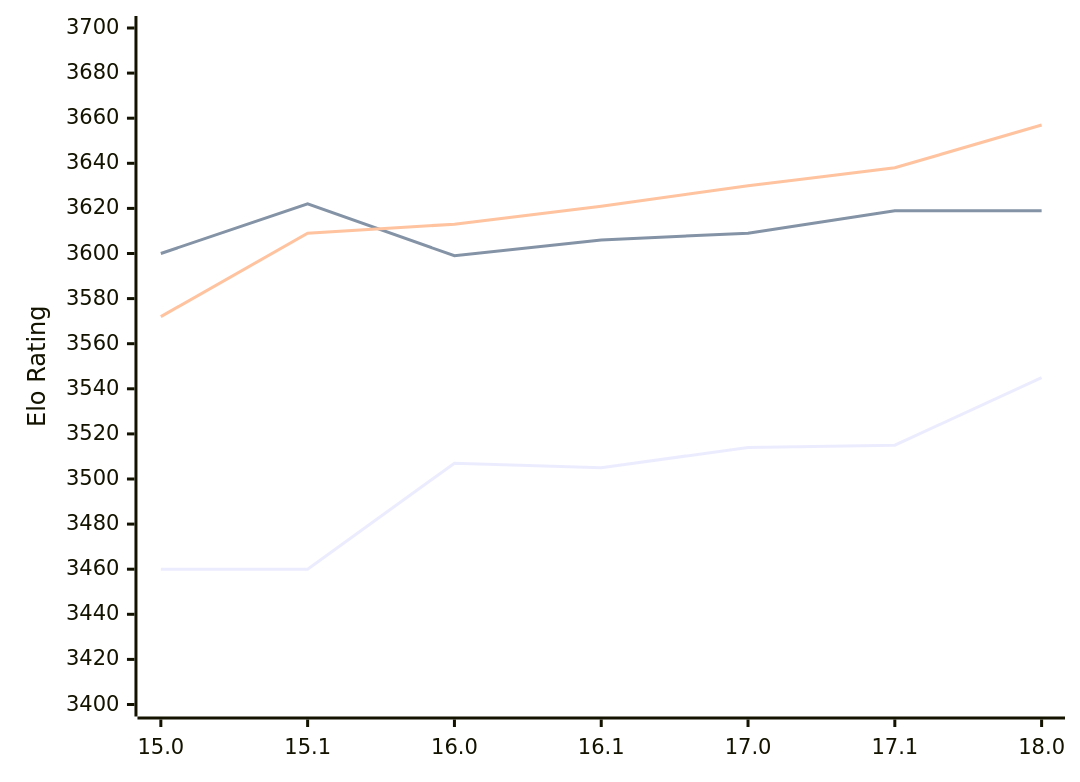
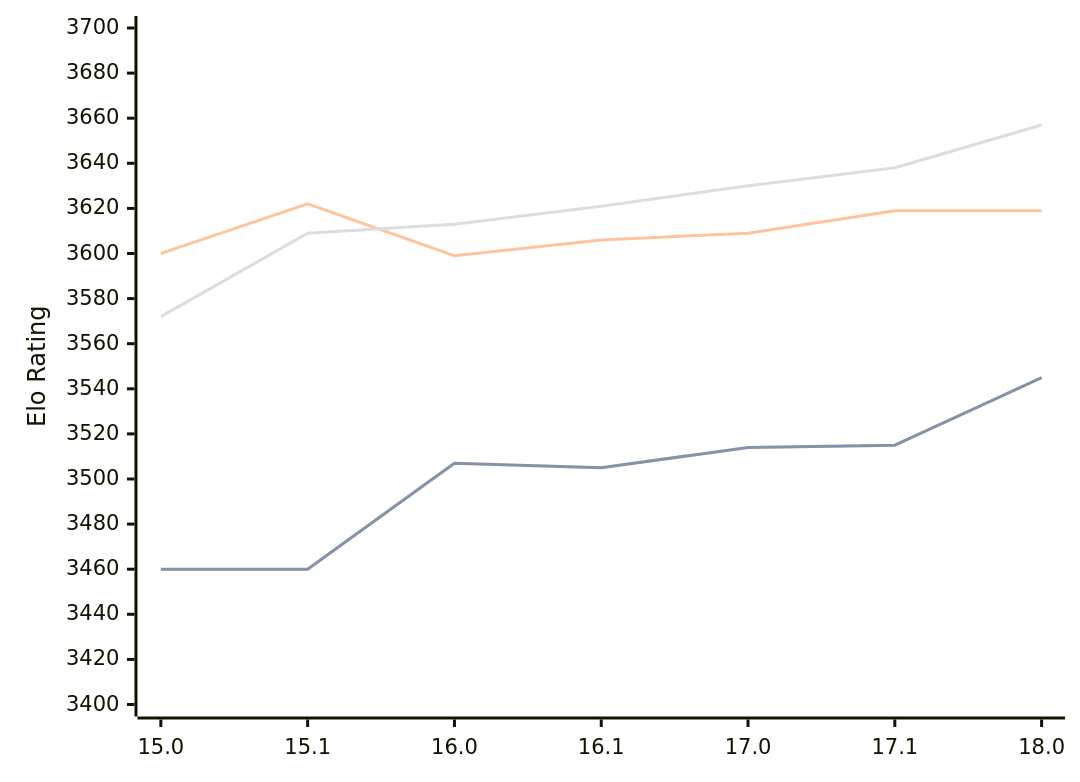
Before and after one commit to computer-chess-index/cci: the diagram in engines/Stockfish.md, drawn with Mermaid.

````diff
--- a/engines/Stockfish.md
+++ b/engines/Stockfish.md
@@ -43,9 +43,10 @@
 ```mermaid
 %%{init: {"theme":"base","themeVariables":{"seriesColors:['#a3a3a3','#222221','#faa371']}}}%%
 xychart-beta
   x-axis ["15.0", "15.1", "16.0", "16.1", "17.0", "17.1", "18.0"]
   y-axis "Elo Rating" 3400 --> 3700
   line "STC (8.0+0.08s)" [3460, 3460, 3507, 3505, 3514, 3515, 3545]
+  line "STC (8.0+0.08s)" [3460, 3460, 3507, 3505, 3514, 3515, 3545]
   line "LTC (60.0+0.60s)" [3600, 3622, 3599, 3606, 3609, 3619, 3619]
   line "VLTC (2m24s+1.12s)" [3572, 3609, 3613, 3621, 3630, 3638, 3657]
 ```
````
